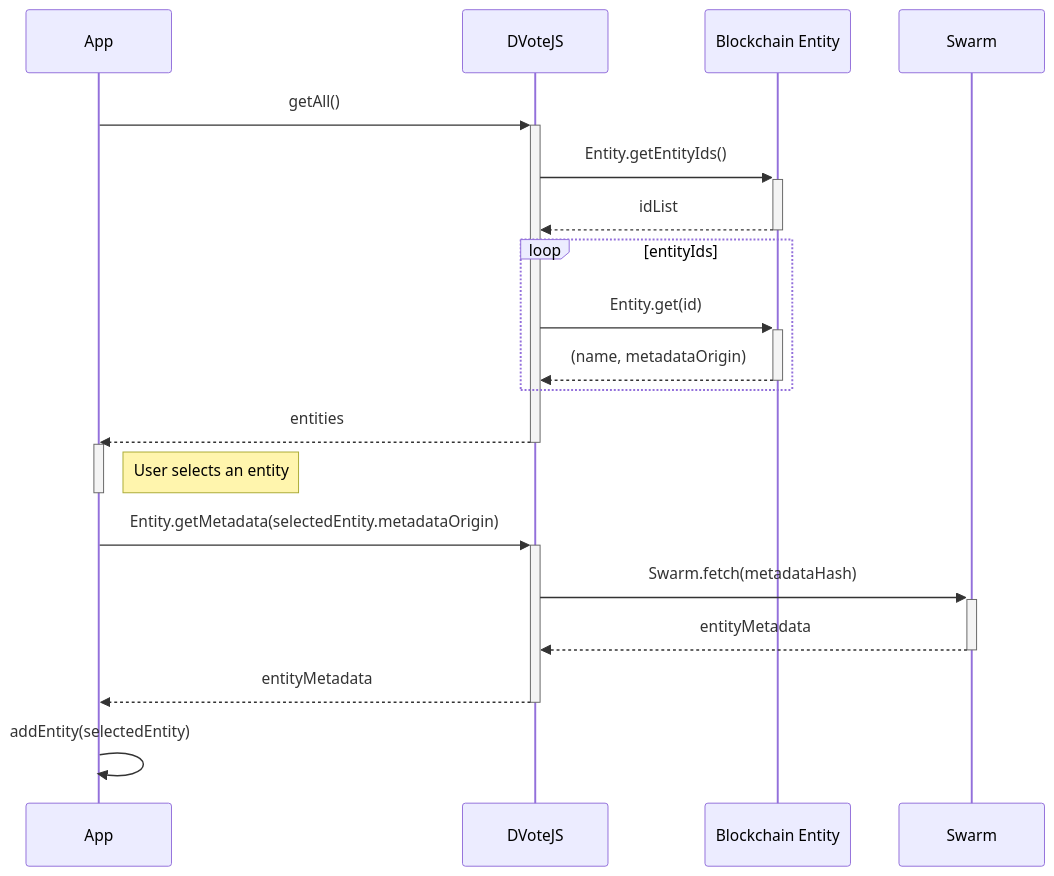
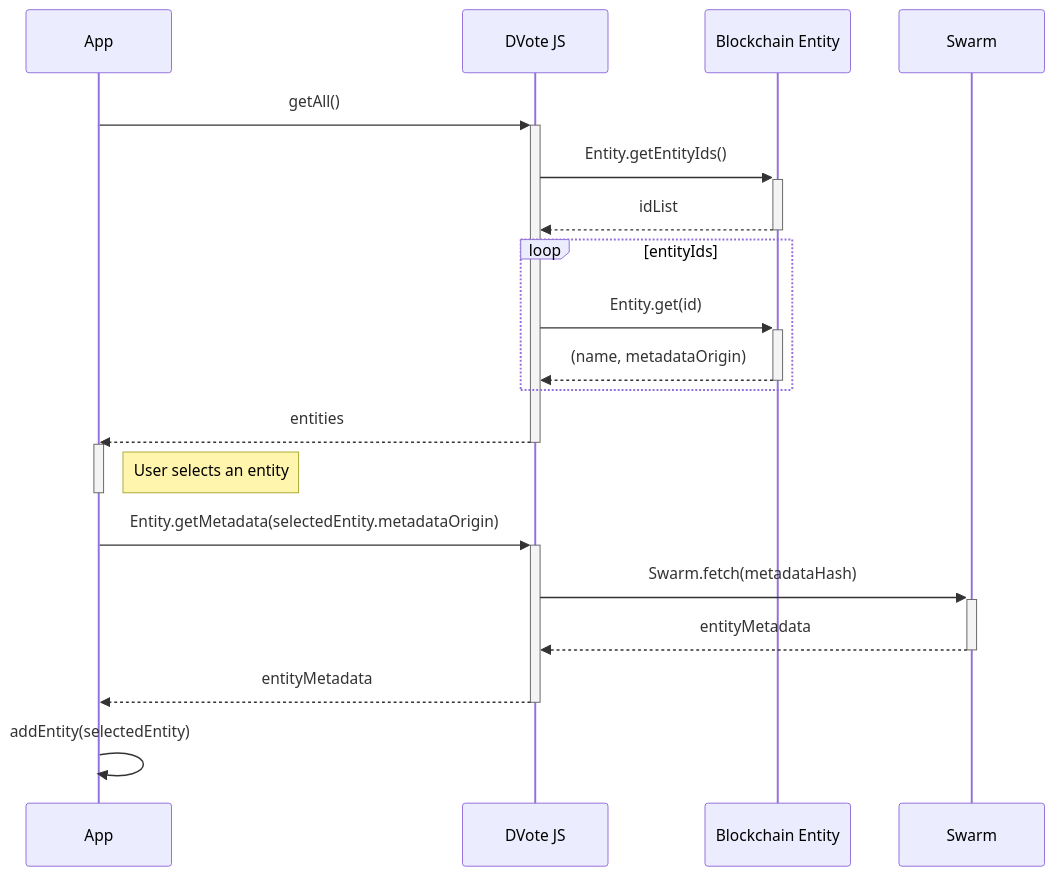
One commit to vocdoni/docs changed the fourth of 6 diagrams in docs/protocol/sequence-diagrams.md. Above: the diagram before and after it, drawn with Mermaid. The commit also changed other lines of this file and 1 other file, not shown here.

````diff
--- a/docs/protocol/sequence-diagrams.md
+++ b/docs/protocol/sequence-diagrams.md
@@ -54,25 +63,30 @@
 ```mermaid
 sequenceDiagram
-    App->>+DVoteJS: getAll()
+    participant App
+    participant DVJS as DVote JS
+    participant BE as Blockchain Entity
+    participant S as Swarm
 
-        DVoteJS->>+Blockchain Entity: Entity.getEntityIds()
-        Blockchain Entity-->>-DVoteJS: idList
+    App->>+DVJS: getAll()
+
+        DVJS->>+BE: Entity.getEntityIds()
+        BE-->>-DVJS: idList
 
         loop entityIds
-            DVoteJS->>+Blockchain Entity: Entity.get(id)
-            Blockchain Entity-->>-DVoteJS: (name, metadataOrigin)
+            DVJS->>+BE: Entity.get(id)
+            BE-->>-DVJS: (name, metadataOrigin)
         end
 
-    DVoteJS-->>-App: entities
+    DVJS-->>-App: entities
 
     activate App
         Note right of App: User selects an entity
     deactivate App
 
-    App->>+DVoteJS: Entity.getMetadata(selectedEntity.metadataOrigin)
-        DVoteJS->>+Swarm: Swarm.fetch(metadataHash)
-        Swarm-->>-DVoteJS: entityMetadata
-    DVoteJS-->>-App: entityMetadata
+    App->>+DVJS: Entity.getMetadata(selectedEntity.metadataOrigin)
+        DVJS->>+S: Swarm.fetch(metadataHash)
+        S-->>-DVJS: entityMetadata
+    DVJS-->>-App: entityMetadata
 
     App->>App: addEntity(selectedEntity)
 ```
````
